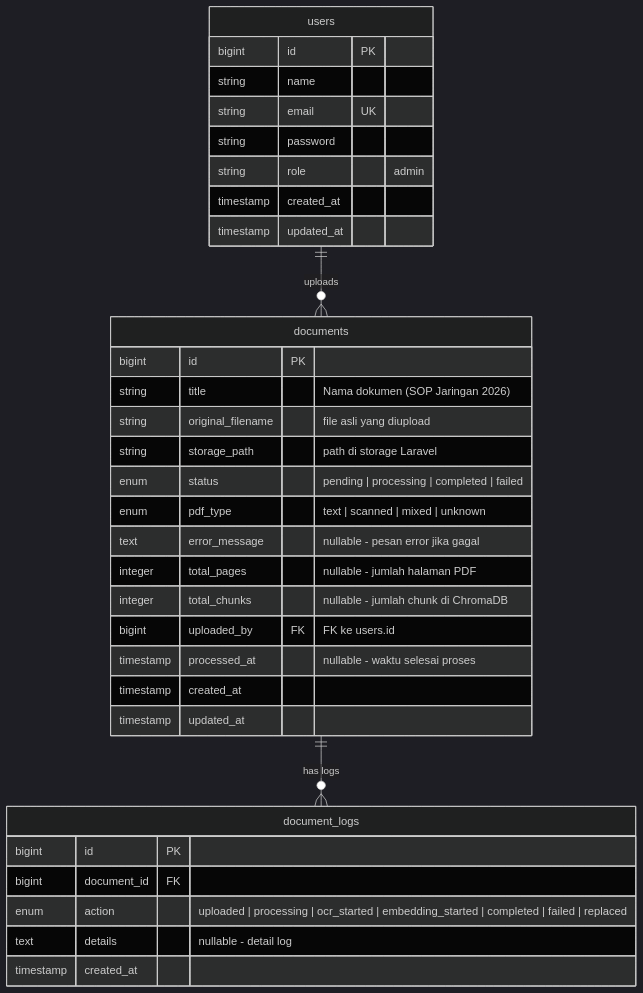
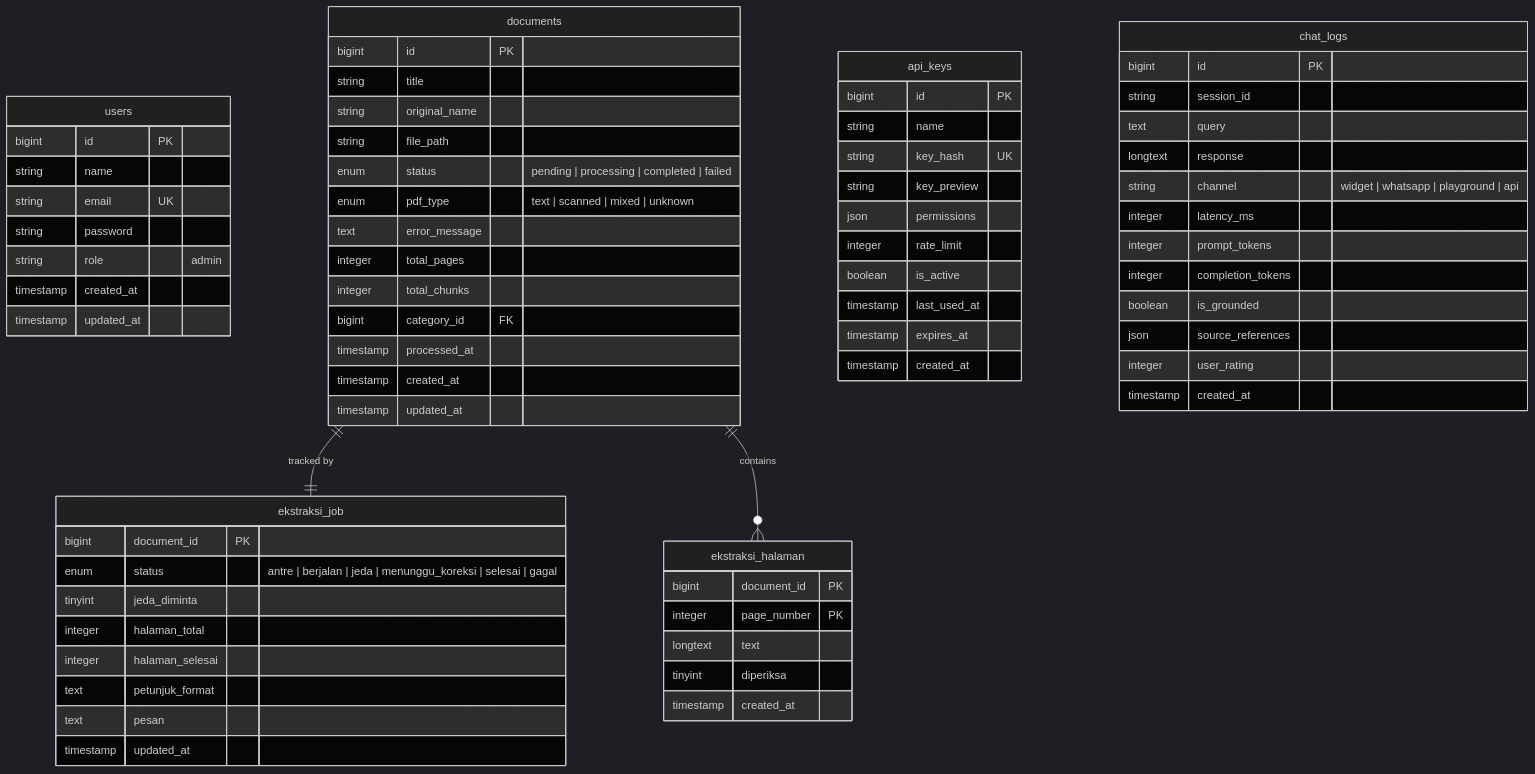
One commit to nftxvn/agentic-chatbot changed the fourth of 4 diagrams in docs/02-arsitektur_sistem_agentic_copilot.md. Above: the diagram before and after it, drawn with Mermaid (dark theme). The commit also changed other lines of this file and 127 other files, not shown here.

Commit message:
feat(integration): perbarui arsitektur Central RAG Hub, Public API Gateway, ekstraksi bertahap, telemetri, dan dokumentasi

````diff
--- a/docs/02-arsitektur_sistem_agentic_copilot.md
+++ b/docs/02-arsitektur_sistem_agentic_copilot.md
@@ -262,39 +238,78 @@
 ```mermaid
 erDiagram
     users {
         bigint id PK
         string name
         string email UK
         string password
         string role "admin"
         timestamp created_at
         timestamp updated_at
     }
 
     documents {
         bigint id PK
-        string title "Nama dokumen (SOP Jaringan 2026)"
-        string original_filename "file asli yang diupload"
-        string storage_path "path di storage Laravel"
+        string title
+        string original_name
+        string file_path
         enum status "pending | processing | completed | failed"
         enum pdf_type "text | scanned | mixed | unknown"
-        text error_message "nullable - pesan error jika gagal"
-        integer total_pages "nullable - jumlah halaman PDF"
-        integer total_chunks "nullable - jumlah chunk di ChromaDB"
-        bigint uploaded_by FK "FK ke users.id"
-        timestamp processed_at "nullable - waktu selesai proses"
+        text error_message
+        integer total_pages
+        integer total_chunks
+        bigint category_id FK
+        timestamp processed_at
         timestamp created_at
         timestamp updated_at
     }
 
-    document_logs {
-        bigint id PK
-        bigint document_id FK
-        enum action "uploaded | processing | ocr_started | embedding_started | completed | failed | replaced"
-        text details "nullable - detail log"
+    ekstraksi_job {
+        bigint document_id PK
+        enum status "antre | berjalan | jeda | menunggu_koreksi | selesai | gagal"
+        tinyint jeda_diminta
+        integer halaman_total
+        integer halaman_selesai
+        text petunjuk_format
+        text pesan
+        timestamp updated_at
+    }
+
+    ekstraksi_halaman {
+        bigint document_id PK
+        integer page_number PK
+        longtext text
+        tinyint diperiksa
         timestamp created_at
     }
 
-    users ||--o{ documents : "uploads"
-    documents ||--o{ document_logs : "has logs"
+    api_keys {
+        bigint id PK
+        string name
+        string key_hash UK
+        string key_preview
+        json permissions
+        integer rate_limit
+        boolean is_active
+        timestamp last_used_at
+        timestamp expires_at
+        timestamp created_at
+    }
+
+    chat_logs {
+        bigint id PK
+        string session_id
+        text query
+        longtext response
+        string channel "widget | whatsapp | playground | api"
+        integer latency_ms
+        integer prompt_tokens
+        integer completion_tokens
+        boolean is_grounded
+        json source_references
+        integer user_rating
+        timestamp created_at
+    }
+
+    documents ||--|| ekstraksi_job : "tracked by"
+    documents ||--o{ ekstraksi_halaman : "contains"
 ```
````
